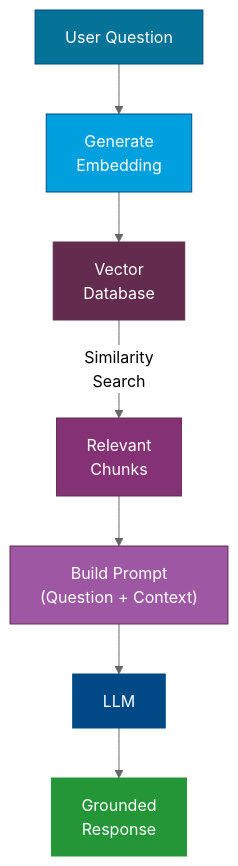
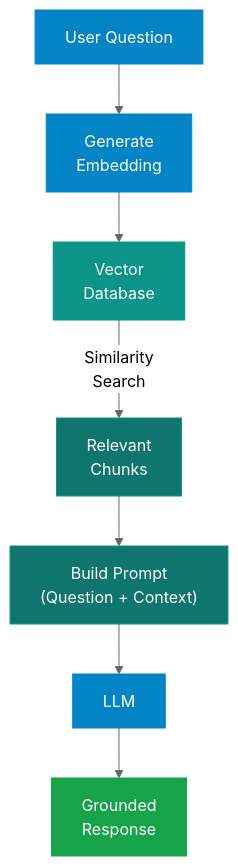
One commit to nitin27may/ai-resources changed the first of 3 diagrams in docs/concepts/retrieval-and-data.md. Above: the diagram before and after it, drawn with Mermaid (neutral theme). The commit also changed other lines of this file and 84 other files, not shown here.

````diff
--- a/docs/concepts/retrieval-and-data.md
+++ b/docs/concepts/retrieval-and-data.md
@@ -34,17 +38,17 @@
 ```mermaid
 graph TD
-    A["User Question"] --> B["Generate\nEmbedding"]
-    B --> C["Vector\nDatabase"]
-    C -->|"Similarity\nSearch"| D["Relevant\nChunks"]
-    D --> E["Build Prompt\n(Question + Context)"]
+    A["User Question"] --> B["Generate<br/>Embedding"]
+    B --> C["Vector<br/>Database"]
+    C -->|"Similarity<br/>Search"| D["Relevant<br/>Chunks"]
+    D --> E["Build Prompt<br/>(Question + Context)"]
     E --> F["LLM"]
-    F --> G["Grounded\nResponse"]
+    F --> G["Grounded<br/>Response"]
 
-    style A fill:#057398,stroke:#004987,color:#fff
-    style B fill:#00A0DF,stroke:#004987,color:#fff
-    style C fill:#632C4F,stroke:#632C4F,color:#fff
-    style D fill:#853175,stroke:#632C4F,color:#fff
-    style E fill:#9E57A2,stroke:#632C4F,color:#fff
-    style F fill:#004987,stroke:#004987,color:#fff
-    style G fill:#259638,stroke:#259638,color:#fff
+    style A fill:#0284c7,stroke:#0284c7,color:#fff
+    style B fill:#0284c7,stroke:#0284c7,color:#fff
+    style C fill:#0d9488,stroke:#0d9488,color:#fff
+    style D fill:#0f766e,stroke:#0d9488,color:#fff
+    style E fill:#0f766e,stroke:#0d9488,color:#fff
+    style F fill:#0284c7,stroke:#0284c7,color:#fff
+    style G fill:#16a34a,stroke:#16a34a,color:#fff
 ```
````
